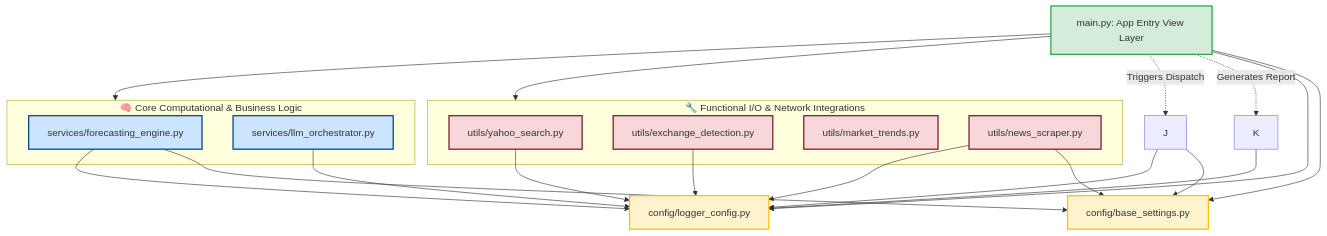
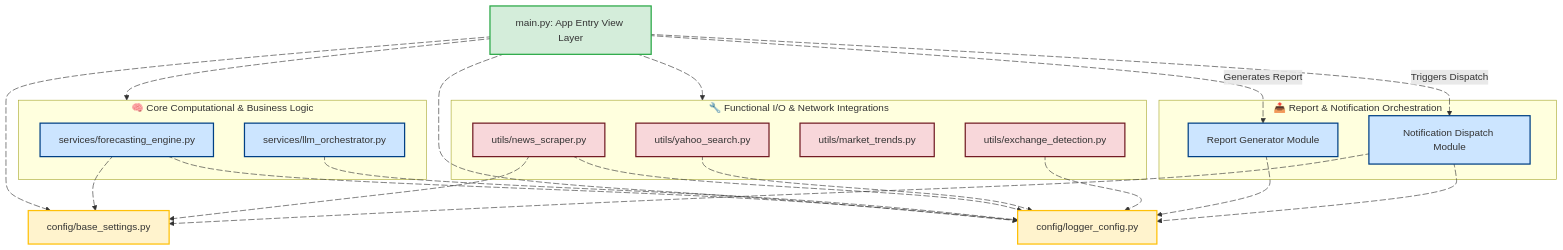
One commit to SRINIVASTA/world-x-predictor changed the diagram in README.md. Above: the diagram before and after it, drawn with Mermaid.

````diff
--- a/README.md
+++ b/README.md
@@ -11,47 +11,70 @@
 ```mermaid
-graph TD
+flowchart TD
     %% Base Infrastructure Styling
     classDef main fill:#d4edda,stroke:#28a745,stroke-width:2px;
-    classDef config fill:#fff3cd,stroke:#ffc107,stroke-width:2px;
+    classDef config fill:#fff3cd,stroke:#ffc007,stroke-width:2px;
     classDef layer fill:#e2e3e5,stroke:#383d41,stroke-width:1px;
     classDef svc fill:#cce5ff,stroke:#004085,stroke-width:2px;
     classDef utl fill:#f8d7da,stroke:#721c24,stroke-width:2px;
 
     %% Components
     A[main.py: App Entry View Layer]:::main
     B[config/base_settings.py]:::config
     C[config/logger_config.py]:::config
     
     subgraph Services_Layer [🧠 Core Computational & Business Logic]
         D[services/forecasting_engine.py]:::svc
         E[services/llm_orchestrator.py]:::svc
     end
 
     subgraph Utilities_Layer [🔧 Functional I/O & Network Integrations]
         F[utils/yahoo_search.py]:::utl
         G[utils/exchange_detection.py]:::utl
         H[utils/market_trends.py]:::utl
         I[utils/news_scraper.py]:::utl
     end
 
+    subgraph Output_Layer [📤 Report & Notification Orchestration]
+        K[Report Generator Module]:::svc
+        J[Notification Dispatch Module]:::svc
+    end
+
     %% Dependency Connections
-    A --> B
-    A --> C
-    A --> Utilities_Layer
-    A --> Services_Layer
+    A e1@--> B
+    A e2@--> C
+    A e3@--> Utilities_Layer
+    A e4@--> Services_Layer
     
-    D --> B
-    D --> C
-    E --> C
-    I --> B
-    I --> C
-    F --> C
-    G --> C
+    D e5@--> B
+    D e6@--> C
+    E e7@--> C
+    I e8@--> B
+    I e9@--> C
+    F e10@--> C
+    G e11@--> C
 
-%% Report & Notification Orchestration
-    K --> C
-    J --> B
-    J --> C
-    A -.-> |Generates Report| K
-    A -.-> |Triggers Dispatch| J
+    %% Report & Notification Orchestration
+    K e12@--> C
+    J e13@--> B
+    J e14@--> C
+    A e15@-.->|Generates Report| K
+    A e16@-.->|Triggers Dispatch| J
+
+    %% Running Flow Animation Definitions
+    e1@{ animate: true }
+    e2@{ animate: true }
+    e3@{ animate: true }
+    e4@{ animate: true }
+    e5@{ animate: true }
+    e6@{ animate: true }
+    e7@{ animate: true }
+    e8@{ animate: true }
+    e9@{ animate: true }
+    e10@{ animate: true }
+    e11@{ animate: true }
+    e12@{ animate: true }
+    e13@{ animate: true }
+    e14@{ animate: true }
+    e15@{ animate: true }
+    e16@{ animate: true }
 ```
````
